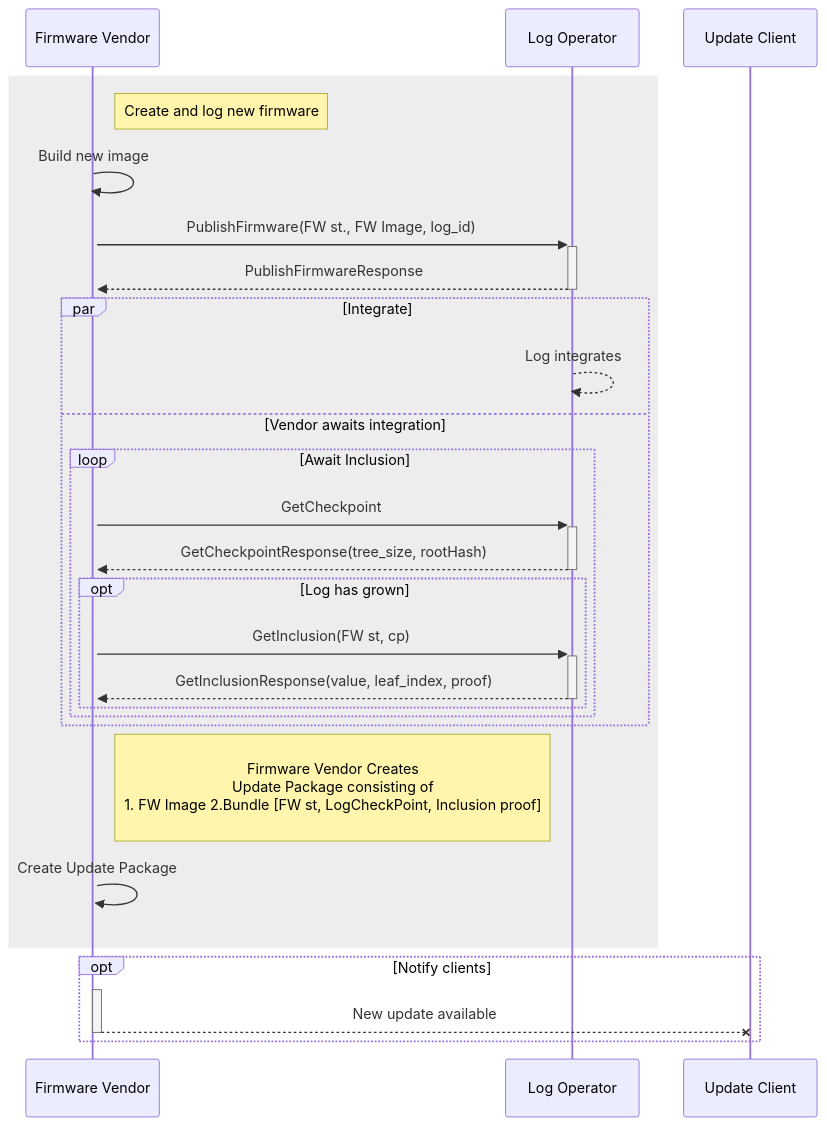
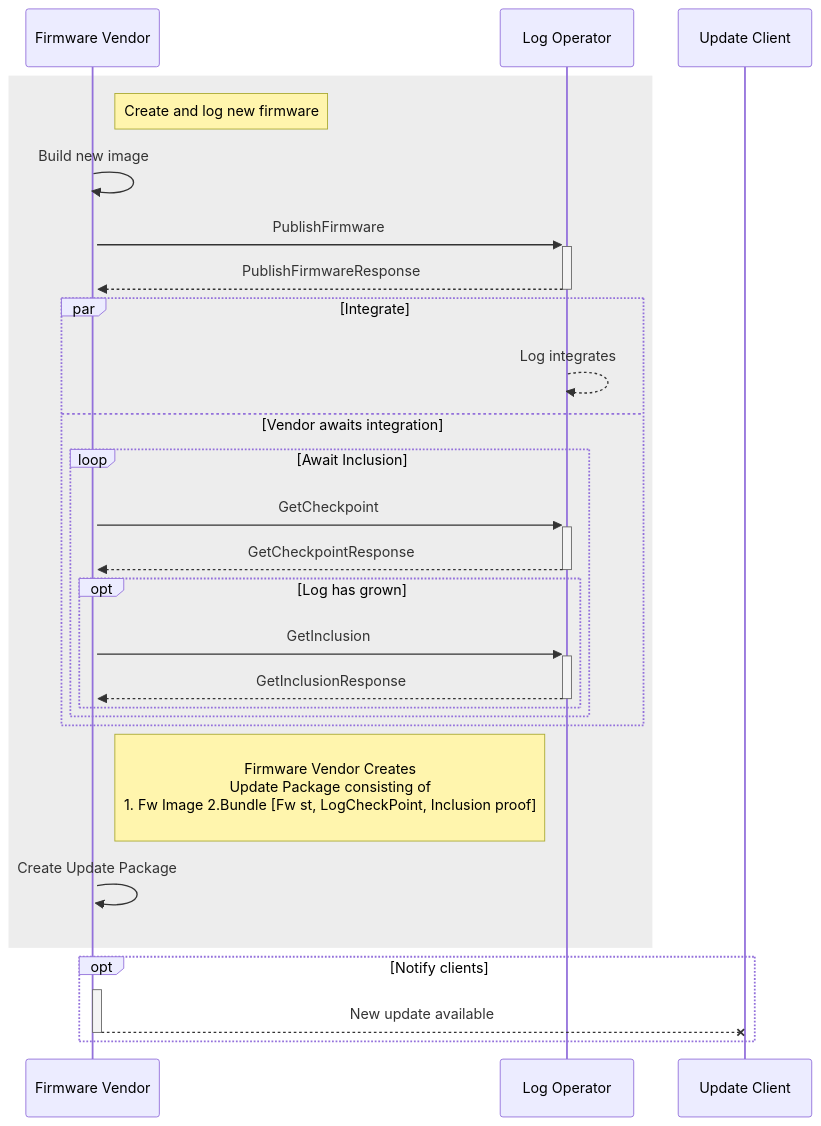
The diagram in binary_transparency/firmware/docs/design/diagrams/fw_publish.mmd (google/trillian-examples), drawn with Mermaid before and after one commit. The commit also changed other lines of this file and 8 other files, not shown here.

```diff
--- a/binary_transparency/firmware/docs/design/diagrams/fw_publish.mmd
+++ b/binary_transparency/firmware/docs/design/diagrams/fw_publish.mmd
@@ -1,38 +1,35 @@
 sequenceDiagram
     participant vendor as Firmware Vendor
     participant log as Log Operator
     participant update as Update Client
 
-
-
-
     rect rgba(80,80,80,0.1)
         note right of vendor: Create and log new firmware
-    
+
         vendor ->>+ vendor: Build new image
-        vendor ->>+ log: PublishFirmware(FW st., FW Image, log_id)
+        vendor ->>+ log: PublishFirmware
 
         log -->>- vendor: PublishFirmwareResponse 
         par Integrate
         log -->> log: Log integrates
         and Vendor awaits integration
             loop Await Inclusion
                 vendor ->>+ log: GetCheckpoint
-                log -->>- vendor: GetCheckpointResponse(tree_size, rootHash)
+                log -->>- vendor: GetCheckpointResponse
                 opt Log has grown
-                    vendor ->>+ log: GetInclusion(FW st, cp)
-                    log -->>- vendor: GetInclusionResponse(value, leaf_index, proof)
+                    vendor ->>+ log: GetInclusion
+                    log -->>- vendor: GetInclusionResponse
                 end
             end
         end
-        note right of vendor: <br>Firmware Vendor Creates <br> Update Package consisting of  <br> 1. FW Image 2.Bundle [FW st, LogCheckPoint,   Inclusion proof]  <br>
-                              
+        note right of vendor: <br>Firmware Vendor Creates <br> Update Package consisting of  <br> 1. Fw Image 2.Bundle [Fw st, LogCheckPoint,   Inclusion proof]  <br>
+
         vendor ->> vendor: Create Update Package
 
     end
 
     opt Notify clients
         activate vendor
         vendor --X update: New update available
     deactivate vendor
     end
```
